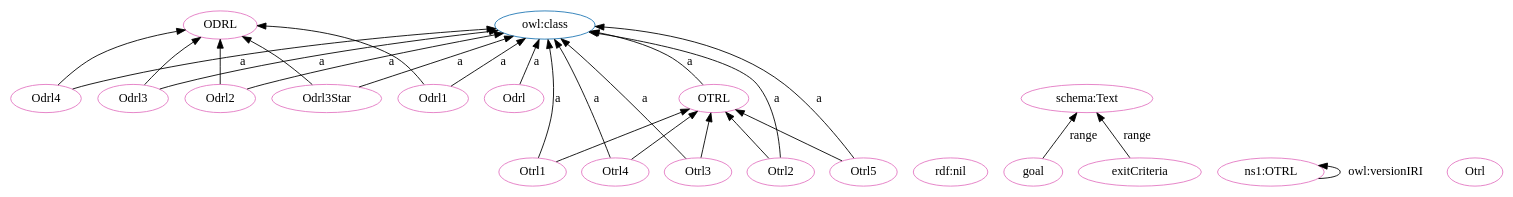
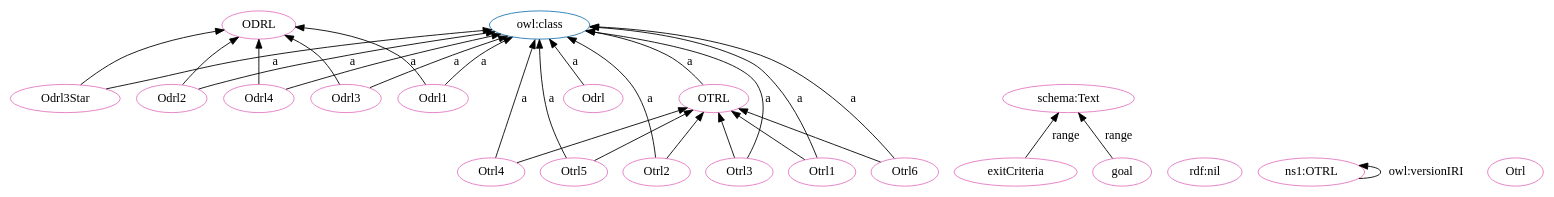
Before and after one commit to OPEN-NEXT/OKH-LOSH: the diagram in OTRL-clean.dot, drawn with Graphviz. The commit also changed 17 other files, not shown here.

```diff
--- a/OTRL-clean.dot
+++ b/OTRL-clean.dot
@@ -1,51 +1,54 @@
 digraph G {
   rankdir=BT
   node[height=.3]
+"http://purl.org/oseg/ontologies/OTRL#ODRL" [fillcolor="#1f77b4" color="#1f77b4" label="ODRL"]
 "http://purl.org/oseg/ontologies/OTRL#OTRL" [fillcolor="#1f77b4" color="#1f77b4" label="OTRL"]
-"http://purl.org/oseg/ontologies/OTRL#ODRL" [fillcolor="#1f77b4" color="#1f77b4" label="ODRL"]
 "http://www.w3.org/2002/07/owl#class" [fillcolor="#1f77b4" color="#1f77b4" label="owl:class"]
+"http://purl.org/oseg/ontologies/OTRL#Otrl4" [fillcolor="#e377c2" color="#e377c2" label="Otrl4"]
+"http://purl.org/oseg/ontologies/OTRL#Odrl" [fillcolor="#e377c2" color="#e377c2" label="Odrl"]
 "http://purl.org/oseg/ontologies/OTRL#ODRL" [fillcolor="#e377c2" color="#e377c2" label="ODRL"]
+"http://purl.org/oseg/ontologies/OTRL#Odrl3Star" [fillcolor="#e377c2" color="#e377c2" label="Odrl3Star"]
+"http://purl.org/oseg/ontologies/OTRL#exitCriteria" [fillcolor="#e377c2" color="#e377c2" label="exitCriteria"]
+"http://purl.org/oseg/ontologies/OTRL#Odrl2" [fillcolor="#e377c2" color="#e377c2" label="Odrl2"]
+"http://www.w3.org/1999/02/22-rdf-syntax-ns#nil" [fillcolor="#e377c2" color="#e377c2" label="rdf:nil"]
+"http://purl.org/oseg/ontologies/OTRL" [fillcolor="#e377c2" color="#e377c2" label="ns1:OTRL"]
+"http://purl.org/oseg/ontologies/OTRL#Odrl4" [fillcolor="#e377c2" color="#e377c2" label="Odrl4"]
+"http://purl.org/oseg/ontologies/OTRL#Otrl5" [fillcolor="#e377c2" color="#e377c2" label="Otrl5"]
 "http://purl.org/oseg/ontologies/OTRL#OTRL" [fillcolor="#e377c2" color="#e377c2" label="OTRL"]
-"http://purl.org/oseg/ontologies/OTRL#Odrl1" [fillcolor="#e377c2" color="#e377c2" label="Odrl1"]
-"http://purl.org/oseg/ontologies/OTRL#Odrl3Star" [fillcolor="#e377c2" color="#e377c2" label="Odrl3Star"]
-"http://www.w3.org/1999/02/22-rdf-syntax-ns#nil" [fillcolor="#e377c2" color="#e377c2" label="rdf:nil"]
-"http://schema.org/Text" [fillcolor="#e377c2" color="#e377c2" label="schema:Text"]
-"http://purl.org/oseg/ontologies/OTRL#Otrl4" [fillcolor="#e377c2" color="#e377c2" label="Otrl4"]
-"http://purl.org/oseg/ontologies/OTRL" [fillcolor="#e377c2" color="#e377c2" label="ns1:OTRL"]
-"http://purl.org/oseg/ontologies/OTRL#Otrl2" [fillcolor="#e377c2" color="#e377c2" label="Otrl2"]
 "http://purl.org/oseg/ontologies/OTRL#Otrl" [fillcolor="#e377c2" color="#e377c2" label="Otrl"]
 "http://purl.org/oseg/ontologies/OTRL#Odrl3" [fillcolor="#e377c2" color="#e377c2" label="Odrl3"]
-"http://purl.org/oseg/ontologies/OTRL#Odrl4" [fillcolor="#e377c2" color="#e377c2" label="Odrl4"]
+"http://schema.org/Text" [fillcolor="#e377c2" color="#e377c2" label="schema:Text"]
+"http://purl.org/oseg/ontologies/OTRL#Otrl2" [fillcolor="#e377c2" color="#e377c2" label="Otrl2"]
+"http://purl.org/oseg/ontologies/OTRL#Otrl3" [fillcolor="#e377c2" color="#e377c2" label="Otrl3"]
 "http://purl.org/oseg/ontologies/OTRL#goal" [fillcolor="#e377c2" color="#e377c2" label="goal"]
-"http://purl.org/oseg/ontologies/OTRL#Odrl" [fillcolor="#e377c2" color="#e377c2" label="Odrl"]
+"http://purl.org/oseg/ontologies/OTRL#Odrl1" [fillcolor="#e377c2" color="#e377c2" label="Odrl1"]
 "http://purl.org/oseg/ontologies/OTRL#Otrl1" [fillcolor="#e377c2" color="#e377c2" label="Otrl1"]
-"http://purl.org/oseg/ontologies/OTRL#Odrl2" [fillcolor="#e377c2" color="#e377c2" label="Odrl2"]
-"http://purl.org/oseg/ontologies/OTRL#Otrl3" [fillcolor="#e377c2" color="#e377c2" label="Otrl3"]
-"http://purl.org/oseg/ontologies/OTRL#exitCriteria" [fillcolor="#e377c2" color="#e377c2" label="exitCriteria"]
-"http://purl.org/oseg/ontologies/OTRL#Otrl5" [fillcolor="#e377c2" color="#e377c2" label="Otrl5"]
+"http://purl.org/oseg/ontologies/OTRL#Otrl6" [fillcolor="#e377c2" color="#e377c2" label="Otrl6"]
+  "http://purl.org/oseg/ontologies/OTRL#Otrl4" -> "http://www.w3.org/2002/07/owl#class" [label="a"]
+  "http://purl.org/oseg/ontologies/OTRL#Odrl4" -> "http://purl.org/oseg/ontologies/OTRL#ODRL" [label=""]
+  "http://purl.org/oseg/ontologies/OTRL#Odrl2" -> "http://www.w3.org/2002/07/owl#class" [label="a"]
+  "http://purl.org/oseg/ontologies/OTRL#Odrl4" -> "http://www.w3.org/2002/07/owl#class" [label="a"]
+  "http://purl.org/oseg/ontologies/OTRL#Otrl5" -> "http://purl.org/oseg/ontologies/OTRL#OTRL" [label=""]
+  "http://purl.org/oseg/ontologies/OTRL#Otrl6" -> "http://purl.org/oseg/ontologies/OTRL#OTRL" [label=""]
+  "http://purl.org/oseg/ontologies/OTRL#Otrl1" -> "http://purl.org/oseg/ontologies/OTRL#OTRL" [label=""]
+  "http://purl.org/oseg/ontologies/OTRL#Odrl3" -> "http://www.w3.org/2002/07/owl#class" [label="a"]
+  "http://purl.org/oseg/ontologies/OTRL#Otrl2" -> "http://www.w3.org/2002/07/owl#class" [label="a"]
+  "http://purl.org/oseg/ontologies/OTRL#Otrl4" -> "http://purl.org/oseg/ontologies/OTRL#OTRL" [label=""]
+  "http://purl.org/oseg/ontologies/OTRL#Otrl3" -> "http://purl.org/oseg/ontologies/OTRL#OTRL" [label=""]
+  "http://purl.org/oseg/ontologies/OTRL#Otrl2" -> "http://purl.org/oseg/ontologies/OTRL#OTRL" [label=""]
+  "http://purl.org/oseg/ontologies/OTRL" -> "http://purl.org/oseg/ontologies/OTRL" [label="owl:versionIRI"]
+  "http://purl.org/oseg/ontologies/OTRL#Odrl3Star" -> "http://purl.org/oseg/ontologies/OTRL#ODRL" [label=""]
+  "http://purl.org/oseg/ontologies/OTRL#Odrl" -> "http://www.w3.org/2002/07/owl#class" [label="a"]
+  "http://purl.org/oseg/ontologies/OTRL#Odrl3Star" -> "http://www.w3.org/2002/07/owl#class" [label="a"]
+  "http://purl.org/oseg/ontologies/OTRL#Otrl5" -> "http://www.w3.org/2002/07/owl#class" [label="a"]
+  "http://purl.org/oseg/ontologies/OTRL#OTRL" -> "http://www.w3.org/2002/07/owl#class" [label="a"]
+  "http://purl.org/oseg/ontologies/OTRL#Odrl1" -> "http://purl.org/oseg/ontologies/OTRL#ODRL" [label=""]
+  "http://purl.org/oseg/ontologies/OTRL#exitCriteria" -> "http://schema.org/Text" [label="range"]
+  "http://purl.org/oseg/ontologies/OTRL#Otrl3" -> "http://www.w3.org/2002/07/owl#class" [label="a"]
+  "http://purl.org/oseg/ontologies/OTRL#Odrl2" -> "http://purl.org/oseg/ontologies/OTRL#ODRL" [label=""]
+  "http://purl.org/oseg/ontologies/OTRL#Odrl3" -> "http://purl.org/oseg/ontologies/OTRL#ODRL" [label=""]
+  "http://purl.org/oseg/ontologies/OTRL#goal" -> "http://schema.org/Text" [label="range"]
   "http://purl.org/oseg/ontologies/OTRL#Odrl1" -> "http://www.w3.org/2002/07/owl#class" [label="a"]
-  "http://purl.org/oseg/ontologies/OTRL#Odrl3Star" -> "http://www.w3.org/2002/07/owl#class" [label="a"]
-  "http://purl.org/oseg/ontologies/OTRL#Otrl3" -> "http://purl.org/oseg/ontologies/OTRL#OTRL" [label=""]
-  "http://purl.org/oseg/ontologies/OTRL#exitCriteria" -> "http://schema.org/Text" [label="range"]
-  "http://purl.org/oseg/ontologies/OTRL#Otrl4" -> "http://www.w3.org/2002/07/owl#class" [label="a"]
-  "http://purl.org/oseg/ontologies/OTRL#Otrl5" -> "http://purl.org/oseg/ontologies/OTRL#OTRL" [label=""]
-  "http://purl.org/oseg/ontologies/OTRL#Otrl2" -> "http://www.w3.org/2002/07/owl#class" [label="a"]
-  "http://purl.org/oseg/ontologies/OTRL#OTRL" -> "http://www.w3.org/2002/07/owl#class" [label="a"]
-  "http://purl.org/oseg/ontologies/OTRL#Odrl3" -> "http://www.w3.org/2002/07/owl#class" [label="a"]
-  "http://purl.org/oseg/ontologies/OTRL#Odrl4" -> "http://www.w3.org/2002/07/owl#class" [label="a"]
   "http://purl.org/oseg/ontologies/OTRL#Otrl1" -> "http://www.w3.org/2002/07/owl#class" [label="a"]
-  "http://purl.org/oseg/ontologies/OTRL#goal" -> "http://schema.org/Text" [label="range"]
-  "http://purl.org/oseg/ontologies/OTRL#Odrl3Star" -> "http://purl.org/oseg/ontologies/OTRL#ODRL" [label=""]
-  "http://purl.org/oseg/ontologies/OTRL#Odrl2" -> "http://www.w3.org/2002/07/owl#class" [label="a"]
-  "http://purl.org/oseg/ontologies/OTRL#Odrl3" -> "http://purl.org/oseg/ontologies/OTRL#ODRL" [label=""]
-  "http://purl.org/oseg/ontologies/OTRL#Otrl4" -> "http://purl.org/oseg/ontologies/OTRL#OTRL" [label=""]
-  "http://purl.org/oseg/ontologies/OTRL#Odrl4" -> "http://purl.org/oseg/ontologies/OTRL#ODRL" [label=""]
-  "http://purl.org/oseg/ontologies/OTRL#Odrl2" -> "http://purl.org/oseg/ontologies/OTRL#ODRL" [label=""]
-  "http://purl.org/oseg/ontologies/OTRL#Odrl1" -> "http://purl.org/oseg/ontologies/OTRL#ODRL" [label=""]
-  "http://purl.org/oseg/ontologies/OTRL" -> "http://purl.org/oseg/ontologies/OTRL" [label="owl:versionIRI"]
-  "http://purl.org/oseg/ontologies/OTRL#Otrl2" -> "http://purl.org/oseg/ontologies/OTRL#OTRL" [label=""]
-  "http://purl.org/oseg/ontologies/OTRL#Odrl" -> "http://www.w3.org/2002/07/owl#class" [label="a"]
-  "http://purl.org/oseg/ontologies/OTRL#Otrl3" -> "http://www.w3.org/2002/07/owl#class" [label="a"]
-  "http://purl.org/oseg/ontologies/OTRL#Otrl5" -> "http://www.w3.org/2002/07/owl#class" [label="a"]
-  "http://purl.org/oseg/ontologies/OTRL#Otrl1" -> "http://purl.org/oseg/ontologies/OTRL#OTRL" [label=""]
+  "http://purl.org/oseg/ontologies/OTRL#Otrl6" -> "http://www.w3.org/2002/07/owl#class" [label="a"]
 }
```
